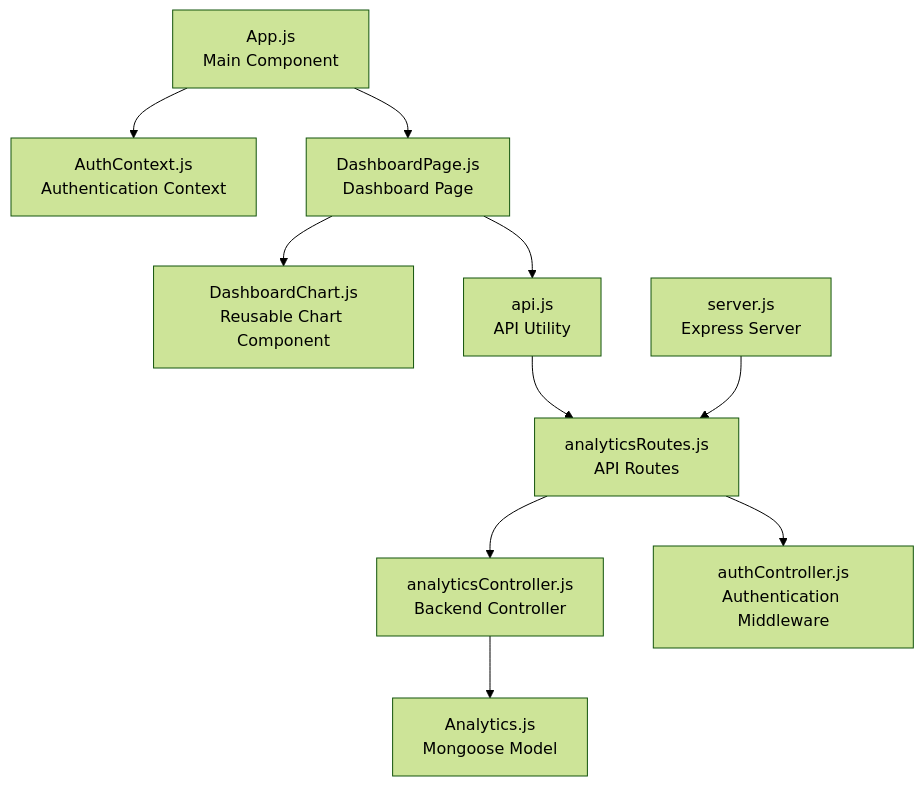
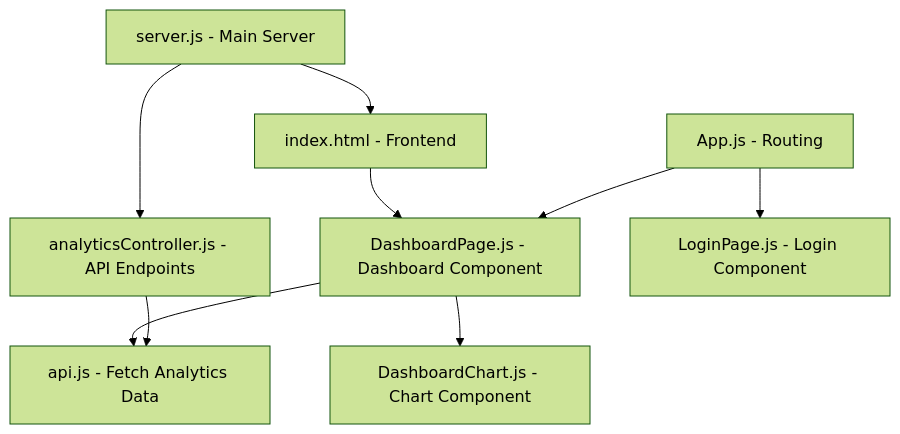
The diagram in output/ASK-772/flowchart_ASK-772.md (SamikshaSahu20/Jira_autonomous_coder), drawn with Mermaid (forest theme) before and after one commit. The commit also changed 3150 other files, not shown here.

````diff
--- a/output/ASK-772/flowchart_ASK-772.md
+++ b/output/ASK-772/flowchart_ASK-772.md
@@ -3,34 +3,19 @@
 ```mermaid
 graph TD
-    A["App.js<br/>Main Component"]
-    B["AuthContext.js<br/>Authentication Context"]
-    C["DashboardPage.js<br/>Dashboard Page"]
-    D["DashboardChart.js<br/>Reusable Chart Component"]
-    E["api.js<br/>API Utility"]
-    F["analyticsController.js<br/>Backend Controller"]
-    G["Analytics.js<br/>Mongoose Model"]
-    H["authController.js<br/>Authentication Middleware"]
-    I["analyticsRoutes.js<br/>API Routes"]
-    J["server.js<br/>Express Server"]
-
-    A --> B
-    A --> C
-    C --> E
-    C --> D
-    E --> I
-    I --> H
-    I --> F
-    F --> G
-    J --> I
-
-    click A "App.js#L1" "Open App.js"
-    click B "AuthContext.js#L1" "Open AuthContext.js"
-    click C "pages/DashboardPage.js#L1" "Open DashboardPage.js"
-    click D "components/DashboardChart.js#L1" "Open DashboardChart.js"
-    click E "utils/api.js#L1" "Open api.js"
-    click F "controllers/analyticsController.js#L1" "Open analyticsController.js"
-    click G "models/Analytics.js#L1" "Open Analytics.js"
-    click H "controllers/authController.js#L1" "Open authController.js"
-    click I "routes/analyticsRoutes.js#L1" "Open analyticsRoutes.js"
-    click J "server.js#L1" "Open server.js"
+    A["server.js - Main Server"] --> B["analyticsController.js - API Endpoints"]
+    A --> C["index.html - Frontend"]
+    C --> D["DashboardPage.js - Dashboard Component"]
+    D --> E["DashboardChart.js - Chart Component"]
+    D --> F["api.js - Fetch Analytics Data"]
+    B --> F
+    G["App.js - Routing"] --> D
+    G --> H["LoginPage.js - Login Component"]
+    click A "server.js#L1" "Open server.js"
+    click B "analyticsController.js#L1" "Open analyticsController.js"
+    click C "index.html#L1" "Open index.html"
+    click D "DashboardPage.js#L1" "Open DashboardPage.js"
+    click E "DashboardChart.js#L1" "Open DashboardChart.js"
+    click F "api.js#L1" "Open api.js"
+    click G "App.js#L1" "Open App.js"
+    click H "LoginPage.js#L1" "Open LoginPage.js"
 ```
````
